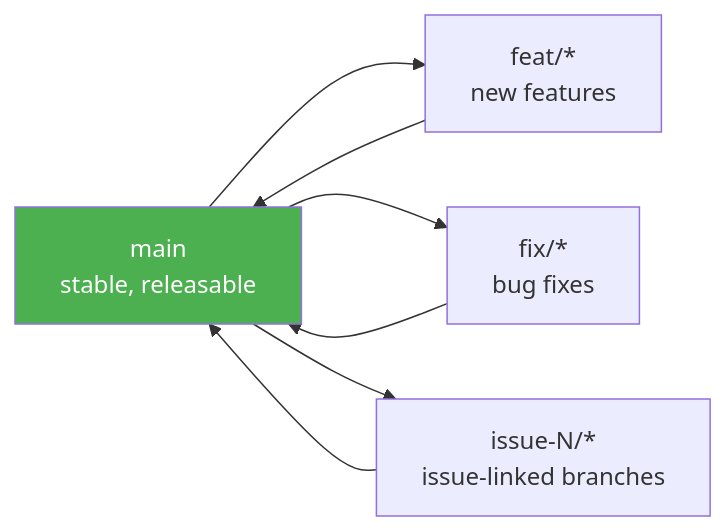
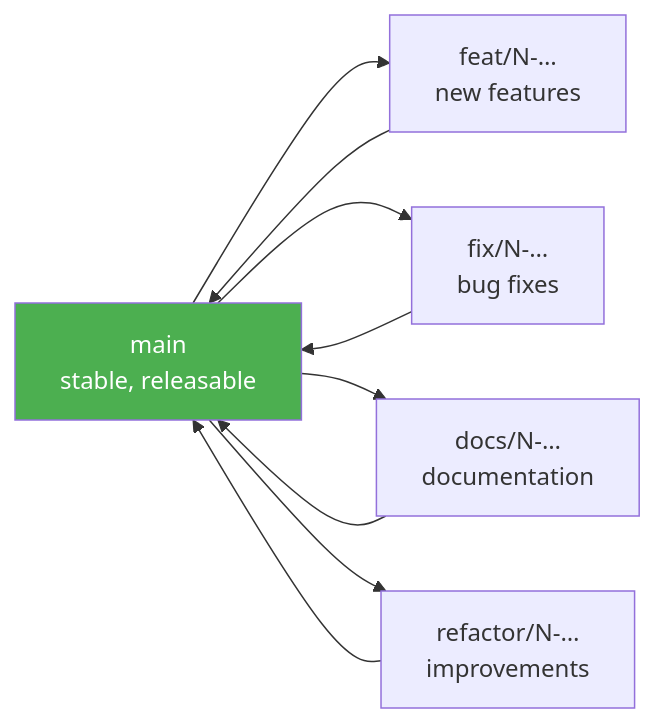
One commit to luongnv89/idd changed the second of 3 diagrams in CONTRIBUTING.md. Above: the diagram before and after it, drawn with Mermaid. The commit also changed other lines of this file and 4 other files, not shown here.

First line of the commit message:
docs(docs): align contributing architecture readme and sitemap (#362) (#406)

````diff
--- a/CONTRIBUTING.md
+++ b/CONTRIBUTING.md
@@ -165,12 +171,14 @@
 ```mermaid
 graph LR
-    M[main<br/>stable, releasable] --> F["feat/*<br/>new features"]
-    M --> X["fix/*<br/>bug fixes"]
-    M --> I["issue-N/*<br/>issue-linked branches"]
+    M[main<br/>stable, releasable] --> F["feat/N-…<br/>new features"]
+    M --> X["fix/N-…<br/>bug fixes"]
+    M --> D["docs/N-…<br/>documentation"]
+    M --> R["refactor/N-…<br/>improvements"]
 
     F --> M
     X --> M
-    I --> M
+    D --> M
+    R --> M
 
     style M fill:#4CAF50,color:#fff
 ```
````
